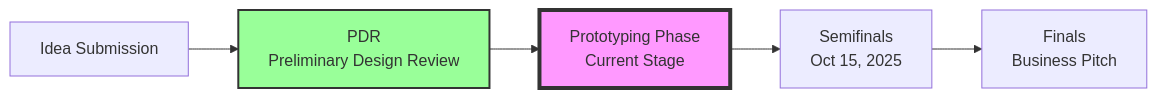
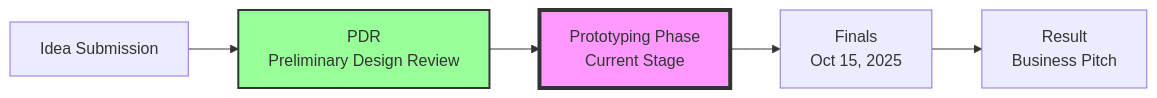
Before and after one commit to ZayK1/RescueRight: the first of 15 diagrams in README.md, drawn with Mermaid. The commit also changed other lines of this file, not shown here.

````diff
--- a/README.md
+++ b/README.md
@@ -36,10 +36,10 @@
 ```mermaid
 graph LR
     A[Idea Submission] --> B[PDR<br/>Preliminary Design Review]
     B --> C[Prototyping Phase<br/>Current Stage]
-    C --> D[Semifinals<br/>Oct 15, 2025]
-    D --> E[Finals<br/>Business Pitch]
+    C --> D[Finals<br/>Oct 15, 2025]
+    D --> E[Result<br/>Business Pitch]
     
     style C fill:#f9f,stroke:#333,stroke-width:4px
     style B fill:#9f9,stroke:#333,stroke-width:2px
 ```
````
